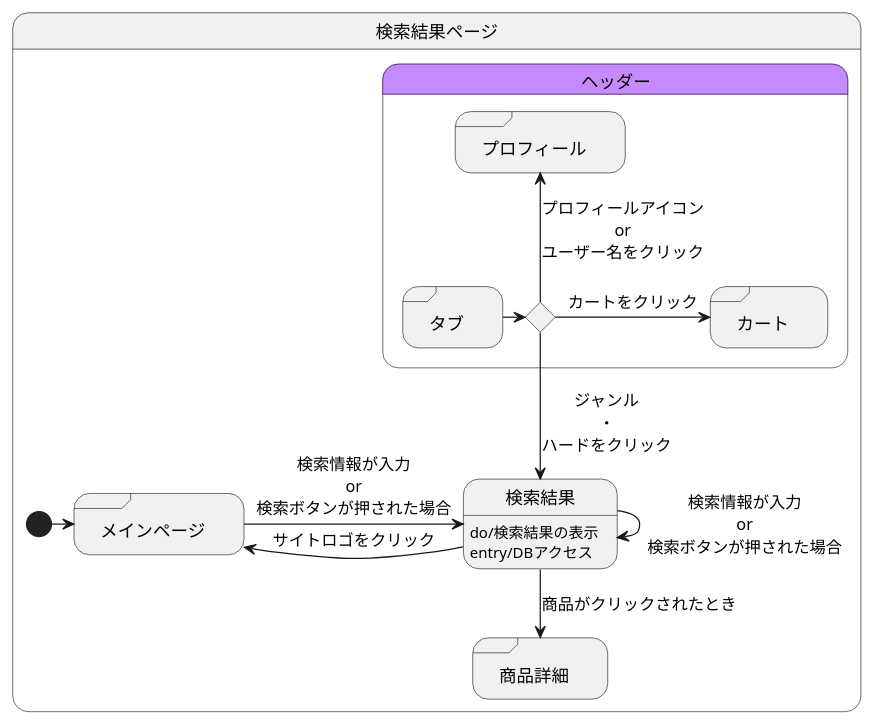
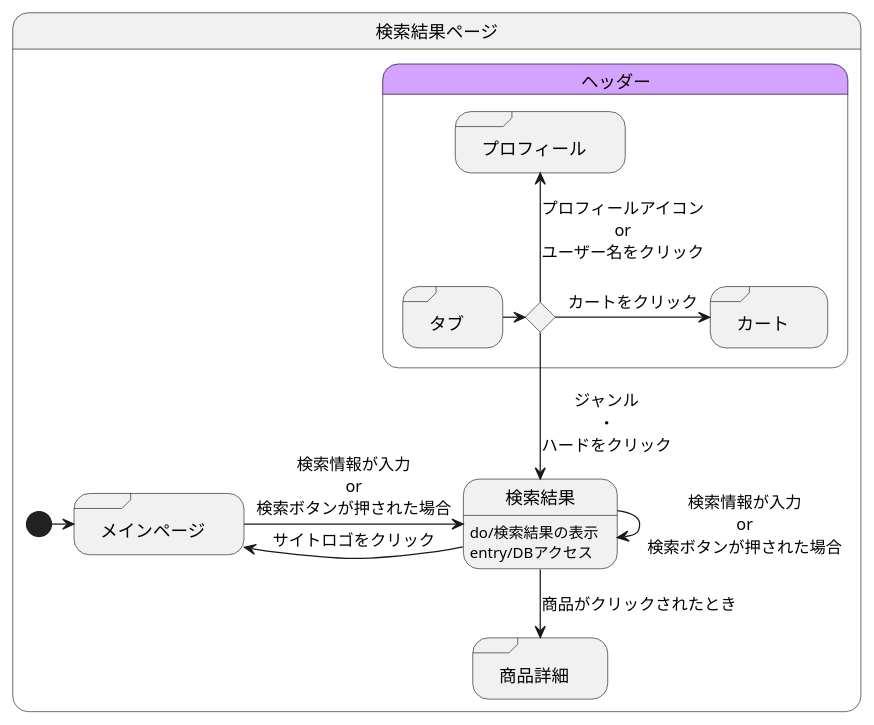
One commit to akutori/T-D-E changed the diagram in 検索結果.md. Above: the diagram before and after it, drawn with PlantUML.

````diff
--- a/検索結果.md
+++ b/検索結果.md
@@ -1,36 +1,36 @@
 ```uml
 @startuml
 state 検索結果ページ{
 
 
     state 検索結果:do/検索結果の表示
     state 検索結果:entry/DBアクセス
     state "商品詳細" as goodsdetail <<sdlreceive>>
     state "メインページ" as mainpage <<sdlreceive>>
 
 
     [*] -> mainpage
     mainpage -> 検索結果 :検索情報が入力\nor\n検索ボタンが押された場合
     検索結果 --> goodsdetail :商品がクリックされたとき
     検索結果 --> 検索結果 :検索情報が入力\nor\n検索ボタンが押された場合
     検索結果 -left-> mainpage :サイトロゴをクリック
 
     state ヘッダー<<headder>>{
         state ifinput <<choice>>
         state "タブ" as tab <<sdlreceive>>
         state "カート" as cart <<sdlreceive>>
         state "プロフィール" as profile <<sdlreceive>>
 
         tab -> ifinput 
         ifinput --> 検索結果 :ジャンル\n・\nハードをクリック
         ifinput -> cart :カートをクリック
         ifinput -up-> profile :プロフィールアイコン\nor\nユーザー名をクリック
     }
 
-    skinparam bodercolor <<headder>> #c68aff
-    state ヘッダー #c68aff
+    skinparam statebodercolor <<headder>> #d3a3ff
+    state ヘッダー #d3a3ff
 
 }
 
 @enduml
 ```
````
